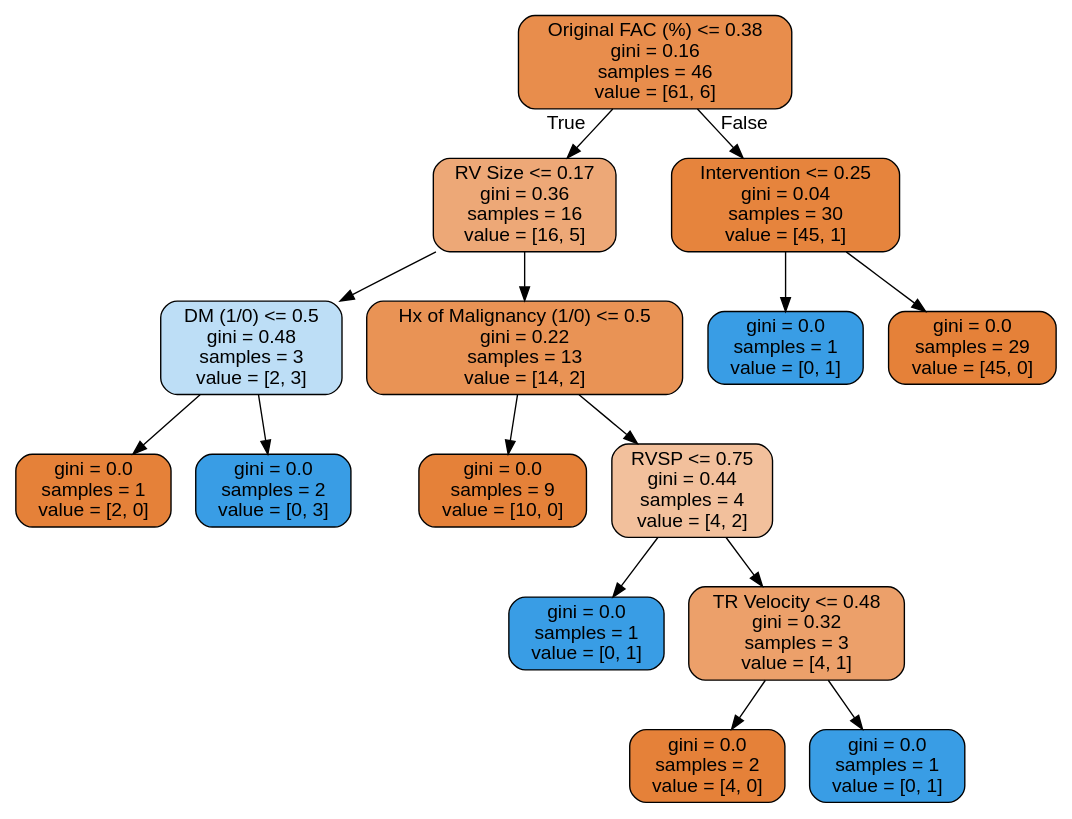
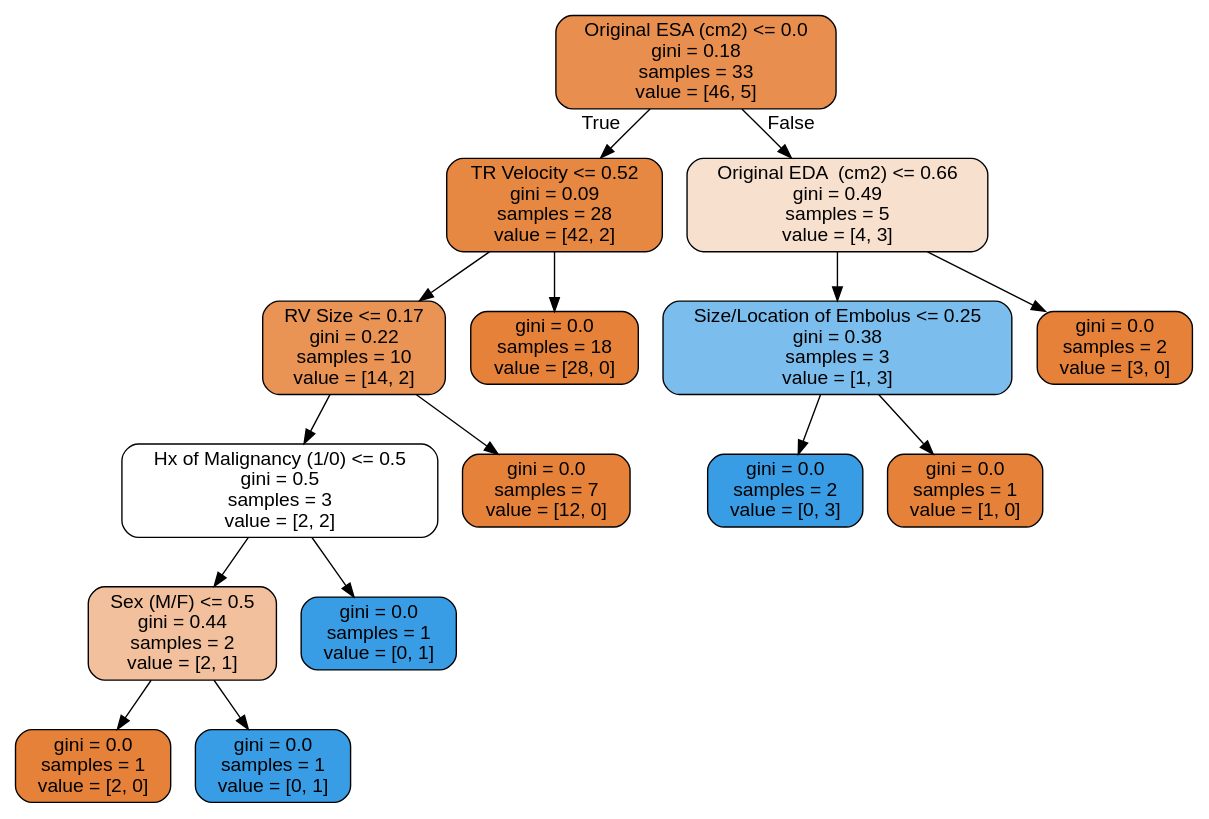
The diagram in tree.dot (nitro41992/cs634-final-project), drawn with Graphviz before and after one commit. The commit also changed 2 other files, not shown here.

```diff
--- a/tree.dot
+++ b/tree.dot
@@ -1,33 +1,33 @@
 digraph Tree {
 node [shape=box, style="filled, rounded", color="black", fontname=helvetica] ;
 edge [fontname=helvetica] ;
-0 [label=" Original FAC (%) <= 0.38\ngini = 0.16\nsamples = 46\nvalue = [61, 6]", fillcolor="#e88d4c"] ;
-1 [label="RV Size <= 0.17\ngini = 0.36\nsamples = 16\nvalue = [16, 5]", fillcolor="#eda877"] ;
+0 [label="Original ESA (cm2) <= 0.0\ngini = 0.18\nsamples = 33\nvalue = [46, 5]", fillcolor="#e88f4f"] ;
+1 [label="TR Velocity <= 0.52\ngini = 0.09\nsamples = 28\nvalue = [42, 2]", fillcolor="#e68742"] ;
 0 -> 1 [labeldistance=2.5, labelangle=45, headlabel="True"] ;
-2 [label="DM (1/0) <= 0.5\ngini = 0.48\nsamples = 3\nvalue = [2, 3]", fillcolor="#bddef6"] ;
+2 [label="RV Size <= 0.17\ngini = 0.22\nsamples = 10\nvalue = [14, 2]", fillcolor="#e99355"] ;
 1 -> 2 ;
-3 [label="gini = 0.0\nsamples = 1\nvalue = [2, 0]", fillcolor="#e58139"] ;
+3 [label="Hx of Malignancy (1/0) <= 0.5\ngini = 0.5\nsamples = 3\nvalue = [2, 2]", fillcolor="#ffffff"] ;
 2 -> 3 ;
-4 [label="gini = 0.0\nsamples = 2\nvalue = [0, 3]", fillcolor="#399de5"] ;
-2 -> 4 ;
-5 [label="Hx of Malignancy (1/0) <= 0.5\ngini = 0.22\nsamples = 13\nvalue = [14, 2]", fillcolor="#e99355"] ;
-1 -> 5 ;
-6 [label="gini = 0.0\nsamples = 9\nvalue = [10, 0]", fillcolor="#e58139"] ;
-5 -> 6 ;
-7 [label="RVSP <= 0.75\ngini = 0.44\nsamples = 4\nvalue = [4, 2]", fillcolor="#f2c09c"] ;
-5 -> 7 ;
-8 [label="gini = 0.0\nsamples = 1\nvalue = [0, 1]", fillcolor="#399de5"] ;
-7 -> 8 ;
-9 [label="TR Velocity <= 0.48\ngini = 0.32\nsamples = 3\nvalue = [4, 1]", fillcolor="#eca06a"] ;
-7 -> 9 ;
-10 [label="gini = 0.0\nsamples = 2\nvalue = [4, 0]", fillcolor="#e58139"] ;
-9 -> 10 ;
-11 [label="gini = 0.0\nsamples = 1\nvalue = [0, 1]", fillcolor="#399de5"] ;
-9 -> 11 ;
-12 [label="Intervention <= 0.25\ngini = 0.04\nsamples = 30\nvalue = [45, 1]", fillcolor="#e6843d"] ;
-0 -> 12 [labeldistance=2.5, labelangle=-45, headlabel="False"] ;
-13 [label="gini = 0.0\nsamples = 1\nvalue = [0, 1]", fillcolor="#399de5"] ;
-12 -> 13 ;
-14 [label="gini = 0.0\nsamples = 29\nvalue = [45, 0]", fillcolor="#e58139"] ;
-12 -> 14 ;
+4 [label="Sex (M/F) <= 0.5\ngini = 0.44\nsamples = 2\nvalue = [2, 1]", fillcolor="#f2c09c"] ;
+3 -> 4 ;
+5 [label="gini = 0.0\nsamples = 1\nvalue = [2, 0]", fillcolor="#e58139"] ;
+4 -> 5 ;
+6 [label="gini = 0.0\nsamples = 1\nvalue = [0, 1]", fillcolor="#399de5"] ;
+4 -> 6 ;
+7 [label="gini = 0.0\nsamples = 1\nvalue = [0, 1]", fillcolor="#399de5"] ;
+3 -> 7 ;
+8 [label="gini = 0.0\nsamples = 7\nvalue = [12, 0]", fillcolor="#e58139"] ;
+2 -> 8 ;
+9 [label="gini = 0.0\nsamples = 18\nvalue = [28, 0]", fillcolor="#e58139"] ;
+1 -> 9 ;
+10 [label="Original EDA  (cm2) <= 0.66\ngini = 0.49\nsamples = 5\nvalue = [4, 3]", fillcolor="#f8e0ce"] ;
+0 -> 10 [labeldistance=2.5, labelangle=-45, headlabel="False"] ;
+11 [label="Size/Location of Embolus <= 0.25\ngini = 0.38\nsamples = 3\nvalue = [1, 3]", fillcolor="#7bbeee"] ;
+10 -> 11 ;
+12 [label="gini = 0.0\nsamples = 2\nvalue = [0, 3]", fillcolor="#399de5"] ;
+11 -> 12 ;
+13 [label="gini = 0.0\nsamples = 1\nvalue = [1, 0]", fillcolor="#e58139"] ;
+11 -> 13 ;
+14 [label="gini = 0.0\nsamples = 2\nvalue = [3, 0]", fillcolor="#e58139"] ;
+10 -> 14 ;
 }
```
